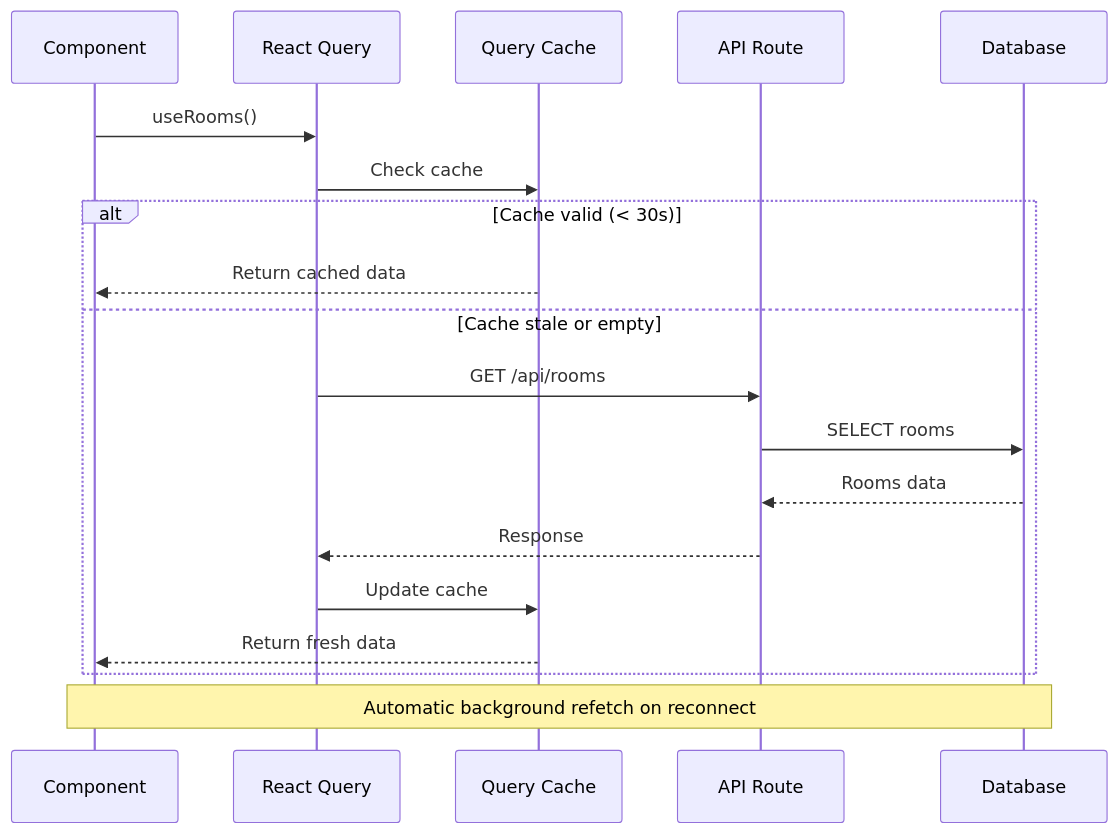
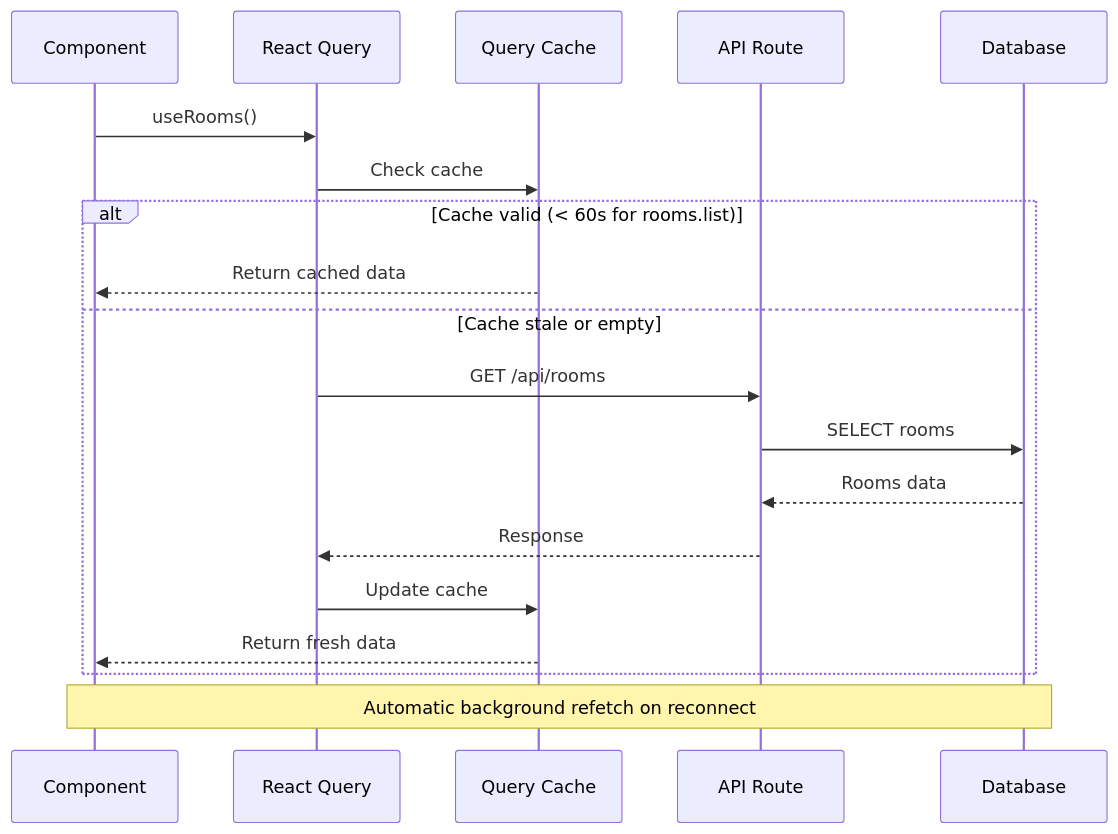
One commit to jtclarkjr/realtime-chat-react changed the fourth of 21 diagrams in docs/DATA_FLOW_ARCHITECTURE.md. Above: the diagram before and after it, drawn with Mermaid. The commit also changed other lines of this file, not shown here.

Commit message:
docs: update data flow doc

````diff
--- a/docs/DATA_FLOW_ARCHITECTURE.md
+++ b/docs/DATA_FLOW_ARCHITECTURE.md
@@ -128,24 +130,24 @@
 ```mermaid
 sequenceDiagram
     participant UI as Component
     participant RQ as React Query
     participant Cache as Query Cache
     participant API as API Route
     participant DB as Database
 
     UI->>RQ: useRooms()
     RQ->>Cache: Check cache
 
-    alt Cache valid (< 30s)
+    alt Cache valid (< 60s for rooms.list)
         Cache-->>UI: Return cached data
     else Cache stale or empty
         RQ->>API: GET /api/rooms
         API->>DB: SELECT rooms
         DB-->>API: Rooms data
         API-->>RQ: Response
         RQ->>Cache: Update cache
         Cache-->>UI: Return fresh data
     end
 
     Note over UI,DB: Automatic background refetch on reconnect
 ```
````
